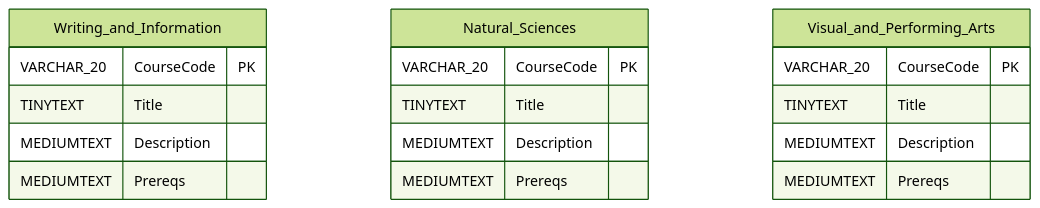
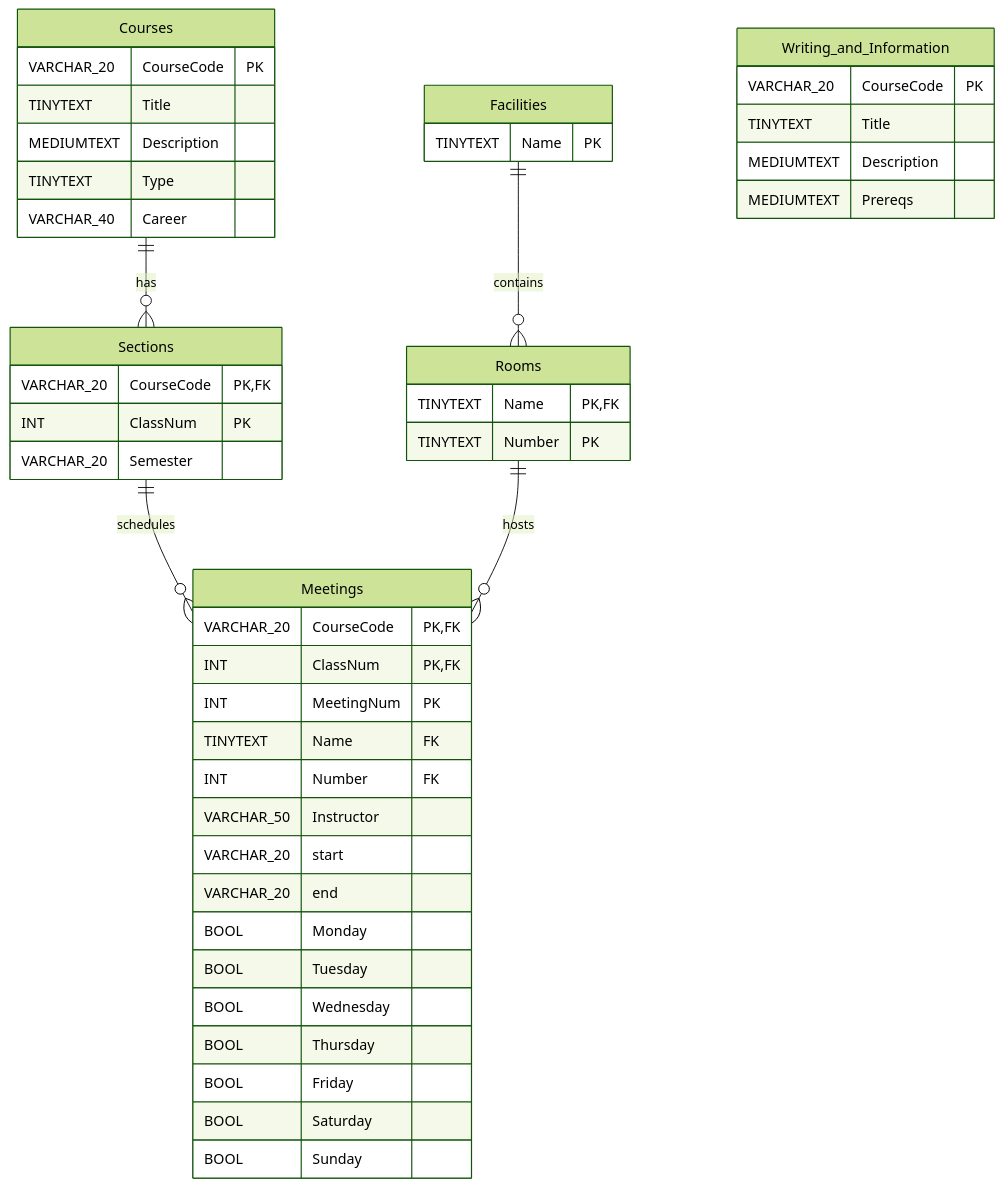
Before and after one commit to GenericUsername10/GE: the diagram in README.md, drawn with Mermaid (forest theme). The commit also changed other lines of this file, not shown here.

Commit message:
Another README update

````diff
--- a/README.md
+++ b/README.md
@@ -46,23 +54,55 @@
 ```mermaid
 erDiagram
- Writing_and_Information {
-  VARCHAR_20 CourseCode PK
-  TINYTEXT Title
-  MEDIUMTEXT Description
-  MEDIUMTEXT Prereqs
+ Courses ||--o{ Sections : has
+ Sections ||--o{ Meetings : schedules
+ Facilities ||--o{ Rooms : contains
+ Rooms ||--o{ Meetings : hosts
+
+ Courses {
+    VARCHAR_20 CourseCode PK
+    TINYTEXT Title
+    MEDIUMTEXT Description
+    TINYTEXT Type
+    VARCHAR_40 Career
  }
 
- Natural_Sciences {
-  VARCHAR_20 CourseCode PK
-  TINYTEXT Title
-  MEDIUMTEXT Description
-  MEDIUMTEXT Prereqs
+ Sections {
+    VARCHAR_20 CourseCode PK, FK
+    INT ClassNum PK
+    VARCHAR_20 Semester
  }
 
- Visual_and_Performing_Arts {
-  VARCHAR_20 CourseCode PK
-  TINYTEXT Title
-  MEDIUMTEXT Description
+ Meetings {
+    VARCHAR_20 CourseCode PK, FK
+    INT ClassNum PK, FK
+    INT MeetingNum PK
+    TINYTEXT Name FK
+    INT Number FK
+    VARCHAR_50 Instructor
+    VARCHAR_20 start
+    VARCHAR_20 end
+    BOOL Monday
+    BOOL Tuesday
+    BOOL Wednesday
+    BOOL Thursday
+    BOOL Friday
+    BOOL Saturday
+    BOOL Sunday
+ }
+
+ Facilities {
+    TINYTEXT Name PK
+ }
+
+ Rooms {
+    TINYTEXT Name PK, FK
+    TINYTEXT Number PK
+ }
+
+ Writing_and_Information {
+    VARCHAR_20 CourseCode PK
+    TINYTEXT Title
+    MEDIUMTEXT Description
   MEDIUMTEXT Prereqs
  }
 ```
````
